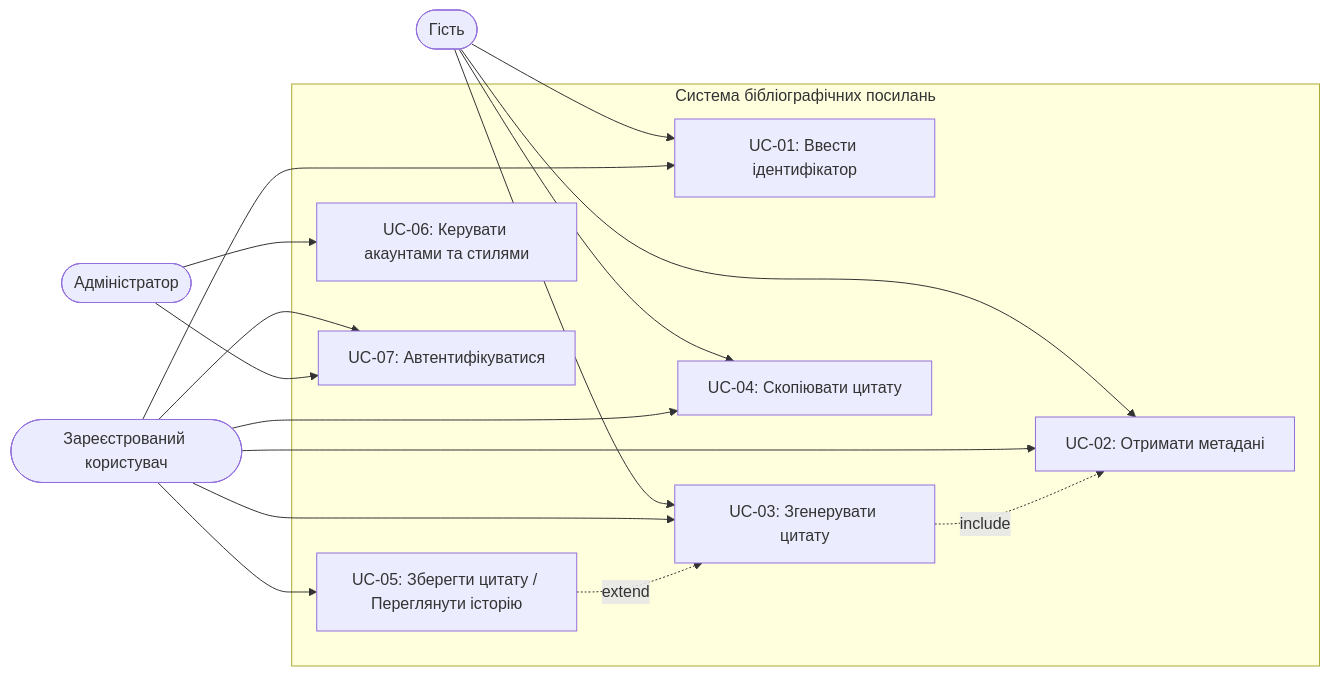
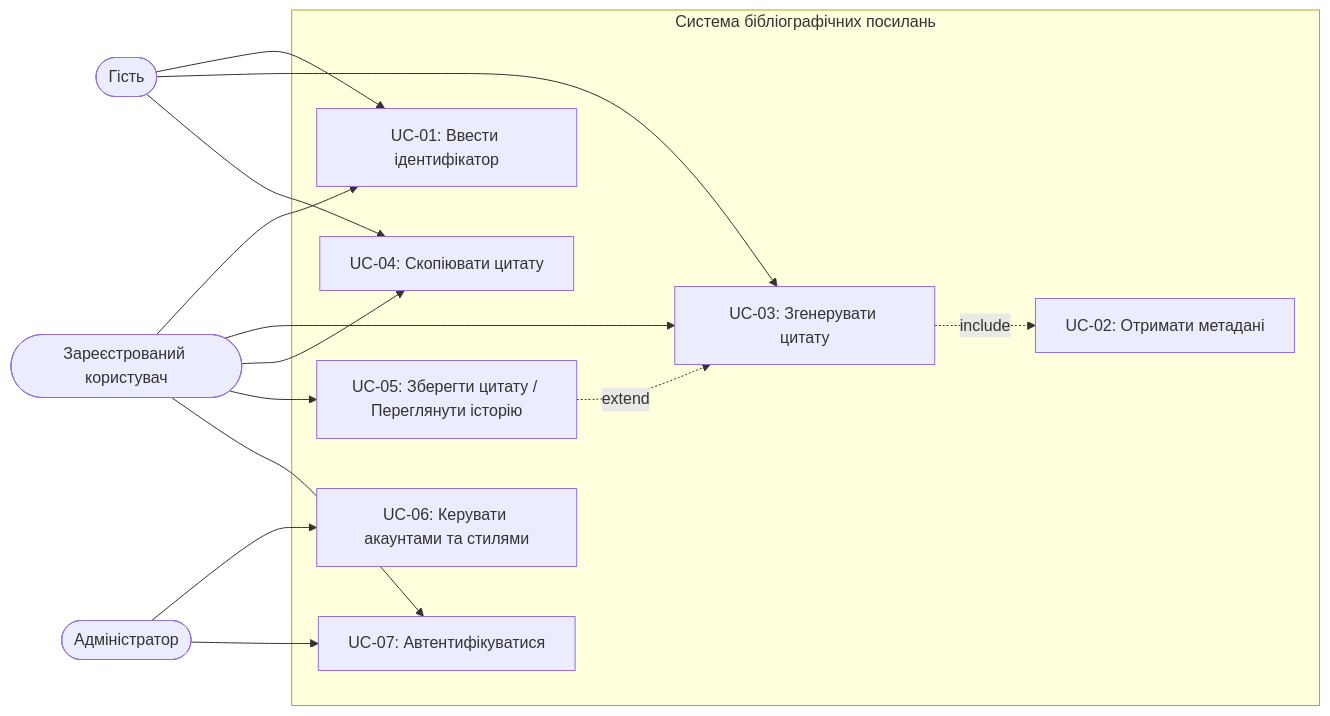
Before and after one commit to oleksandrkonovalov1/bse-lr2-konovalov: the diagram in diagrams/use-case.mmd, drawn with Mermaid.

Commit message:
fix: remove direct actor links to internal UC-02 (metadata retrieval)
UC-02 is accessed via include from UC-03, not directly by actors.

```diff
--- a/diagrams/use-case.mmd
+++ b/diagrams/use-case.mmd
@@ -1,32 +1,30 @@
 flowchart LR
     Guest(["Гість"])
     User(["Зареєстрований користувач"])
     Admin(["Адміністратор"])
 
     subgraph system["Система бібліографічних посилань"]
         UC01["UC-01: Ввести ідентифікатор"]
         UC02["UC-02: Отримати метадані"]
         UC03["UC-03: Згенерувати цитату"]
         UC04["UC-04: Скопіювати цитату"]
         UC05["UC-05: Зберегти цитату / Переглянути історію"]
         UC06["UC-06: Керувати акаунтами та стилями"]
         UC07["UC-07: Автентифікуватися"]
     end
 
     Guest --> UC01
-    Guest --> UC02
     Guest --> UC03
     Guest --> UC04
 
     User --> UC01
-    User --> UC02
     User --> UC03
     User --> UC04
     User --> UC05
     User --> UC07
 
     Admin --> UC06
     Admin --> UC07
 
     UC03 -.->|"include"| UC02
     UC05 -.->|"extend"| UC03
```
